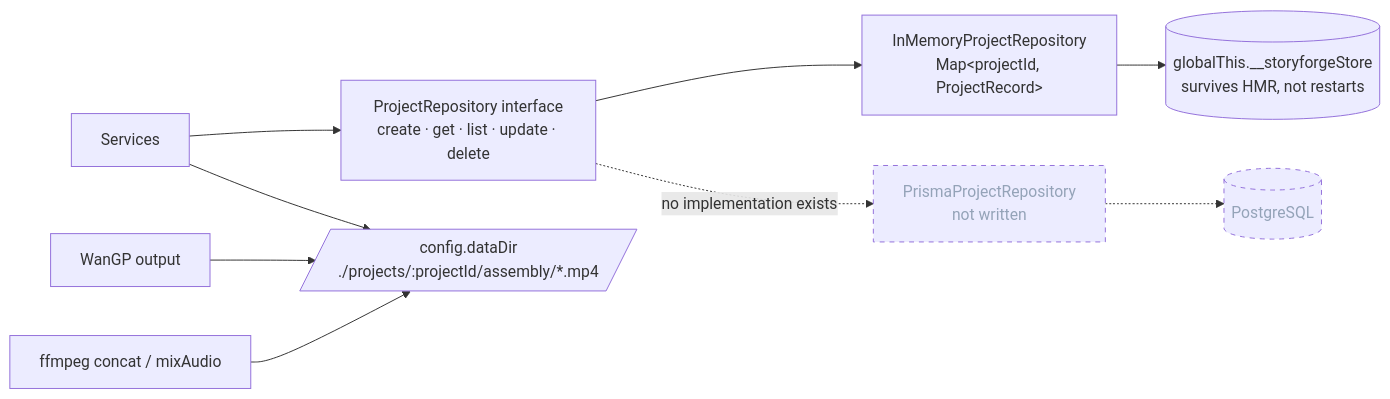
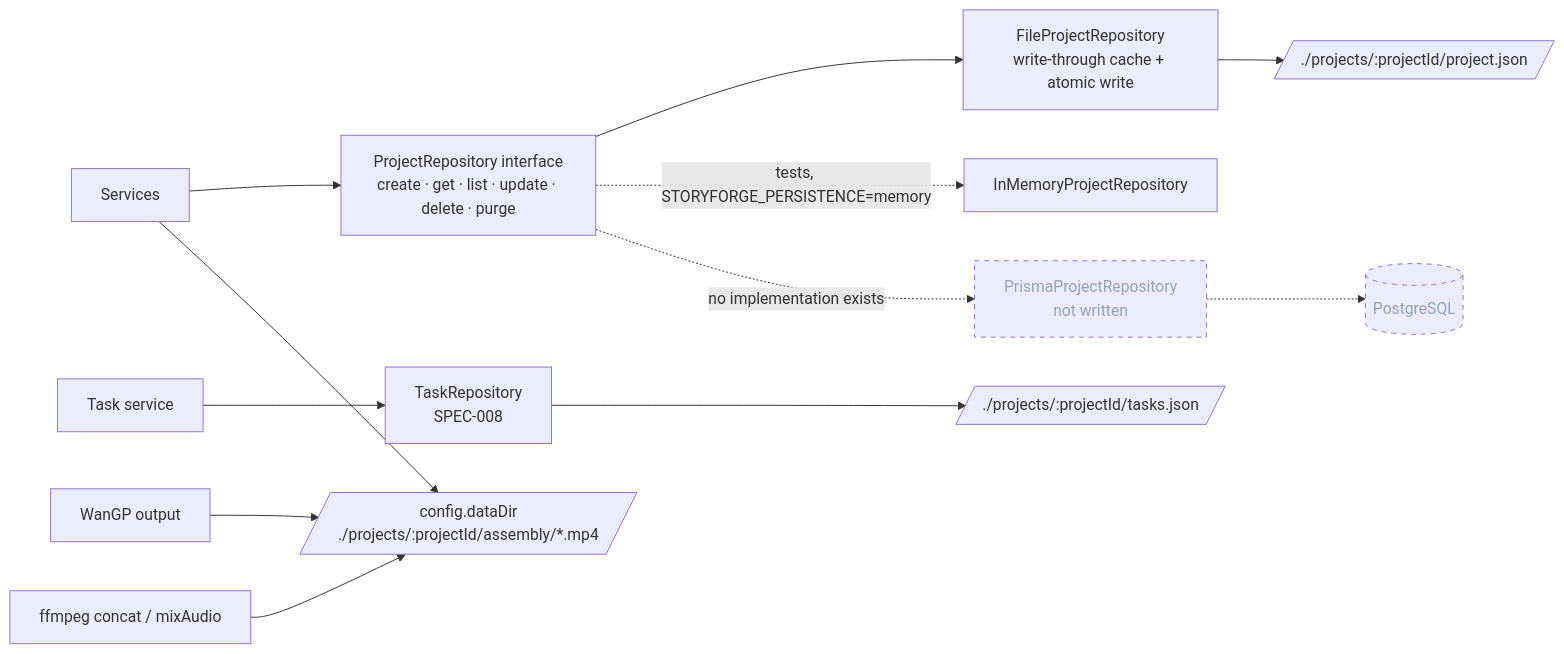
Diagram 13 of 18 in architecture.md (jamesbas/storyforgeai), drawn with Mermaid before and after one commit. The commit also changed other lines of this file and 4 other files, not shown here.

````diff
--- a/architecture.md
+++ b/architecture.md
@@ -1117,16 +1123,20 @@
 ```mermaid
 flowchart LR
-    svc["Services"] --> repoIface["ProjectRepository interface<br/>create · get · list · update · delete"]
-    repoIface --> impl["InMemoryProjectRepository<br/>Map&lt;projectId, ProjectRecord&gt;"]
-    impl --> glob[("globalThis.__storyforgeStore<br/>survives HMR, not restarts")]
+    svc["Services"] --> repoIface["ProjectRepository interface<br/>create · get · list · update · delete · purge"]
+    repoIface --> file["FileProjectRepository<br/>write-through cache + atomic write"]
+    repoIface -. "tests, STORYFORGE_PERSISTENCE=memory" .-> mem["InMemoryProjectRepository"]
+    file --> disk[/"./projects/:projectId/project.json"/]
+
+    tasks["Task service"] --> taskRepo["TaskRepository<br/>SPEC-008"]
+    taskRepo --> taskFile[/"./projects/:projectId/tasks.json"/]
 
     svc --> fs[/"config.dataDir<br/>./projects/:projectId/assembly/*.mp4"/]
     wangp["WanGP output"] --> fs
     ff["ffmpeg concat / mixAudio"] --> fs
 
     repoIface -. "no implementation exists" .-> prisma["PrismaProjectRepository<br/>not written"]
     prisma -.-> pg[("PostgreSQL")]
 
     classDef todo stroke-dasharray: 5 5,color:#94a3b8;
     class prisma,pg todo;
 ```
````
